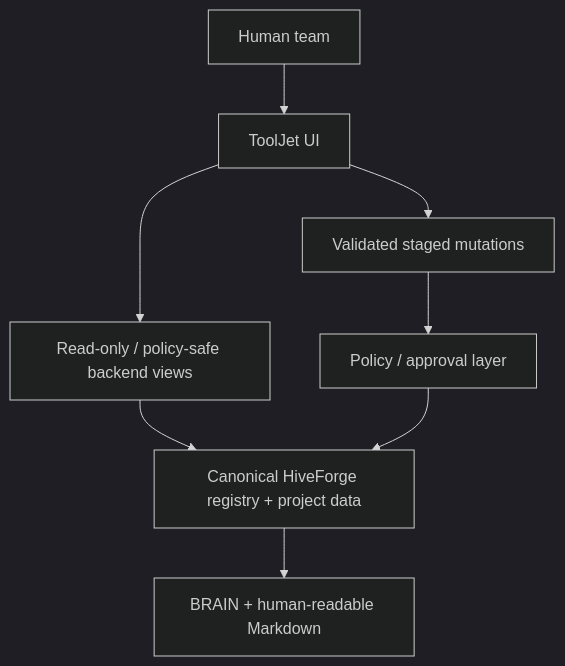
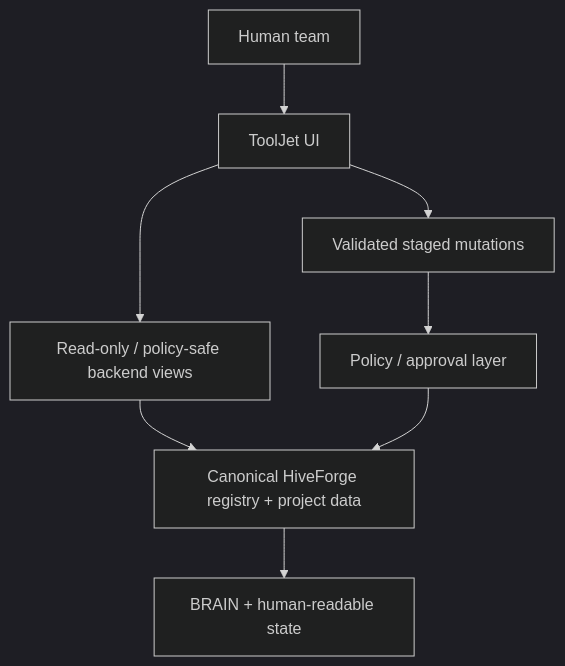
Before and after one commit to Bigper4mer/UnparalleledSource: the diagram in docs/TOOLJET_SETUP.md, drawn with Mermaid (dark theme). The commit also changed other lines of this file, not shown here.

````diff
--- a/docs/TOOLJET_SETUP.md
+++ b/docs/TOOLJET_SETUP.md
@@ -9,10 +9,10 @@
 ```mermaid
 flowchart TD
     H[Human team] --> T[ToolJet UI]
     T --> V[Read-only / policy-safe backend views]
     T --> M[Validated staged mutations]
     V --> C[Canonical HiveForge registry + project data]
     M --> P[Policy / approval layer]
     P --> C
-    C --> B[BRAIN + human-readable Markdown]
+    C --> B[BRAIN + human-readable state]
 ```
````
